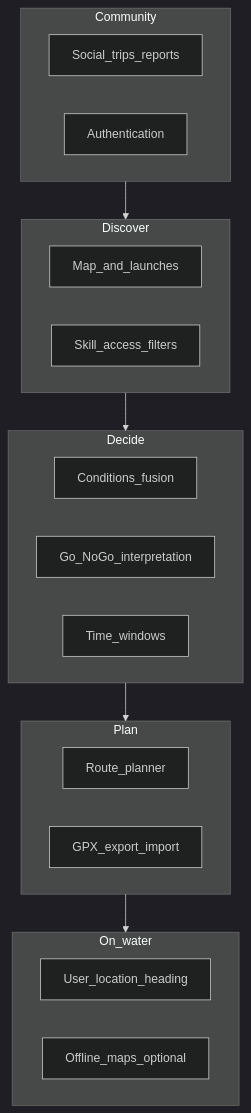
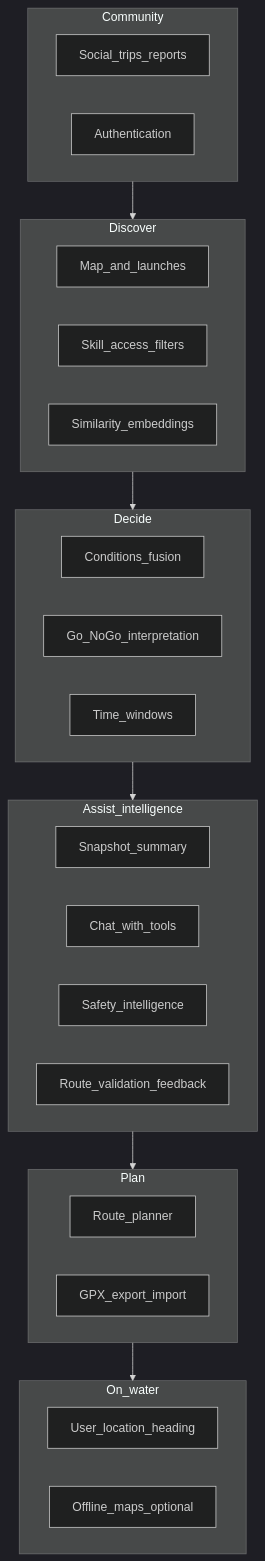
The diagram in docs/ROADMAP.md (jessemull/eddyscout), drawn with Mermaid (dark theme) before and after one commit. The commit also changed other lines of this file, not shown here.

Commit message:
Add intelligence to roadmpa

````diff
--- a/docs/ROADMAP.md
+++ b/docs/ROADMAP.md
@@ -11,28 +11,36 @@
 ```mermaid
 flowchart TB
   subgraph discover [Discover]
     map[Map_and_launches]
     filters[Skill_access_filters]
+    similar[Similarity_embeddings]
   end
   subgraph decide [Decide]
     fuse[Conditions_fusion]
     gonogo[Go_NoGo_interpretation]
     windows[Time_windows]
+  end
+  subgraph assist [Assist_intelligence]
+    digest[Snapshot_summary]
+    chat[Chat_with_tools]
+    safetyintel[Safety_intelligence]
+    routecheck[Route_validation_feedback]
   end
   subgraph plan [Plan]
     routes[Route_planner]
     export[GPX_export_import]
   end
   subgraph onwater [On_water]
     location[User_location_heading]
     offline[Offline_maps_optional]
   end
   subgraph community [Community]
     social[Social_trips_reports]
     auth[Authentication]
   end
   discover --> decide
-  decide --> plan
+  decide --> assist
+  assist --> plan
   plan --> onwater
   community --> discover
 ```
````
